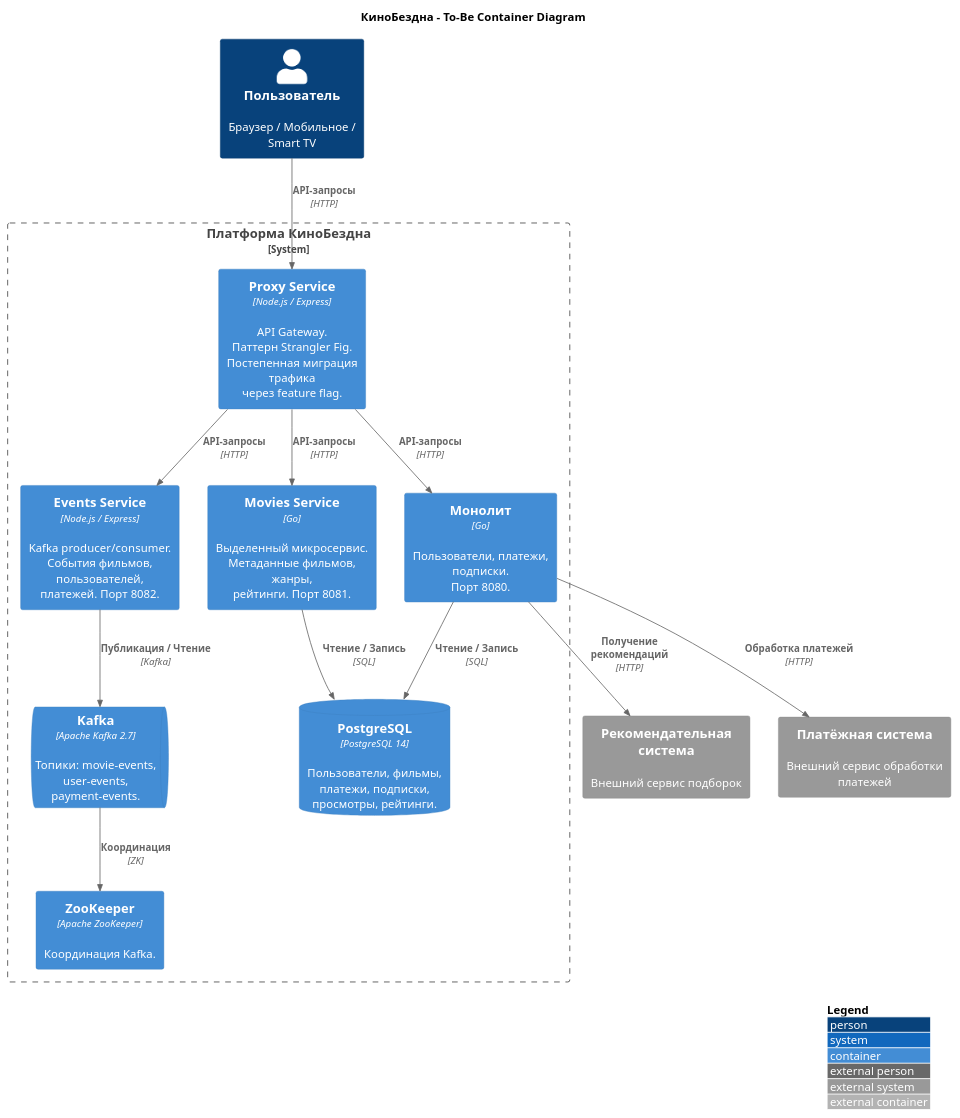
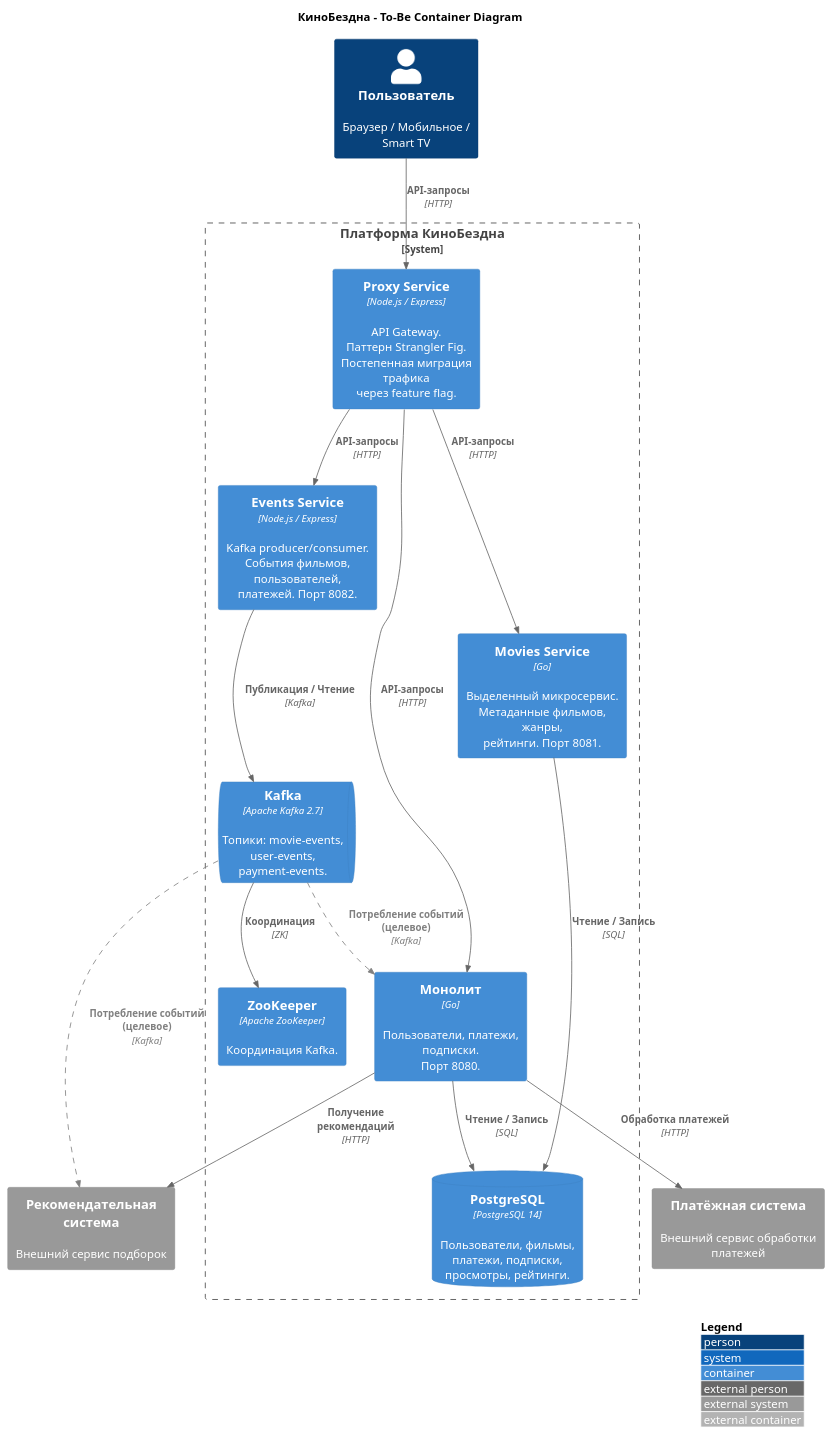
One commit to SiritosKon/architecture-cinemaabyss changed the diagram in docs/c4-container-diagram.puml. Above: the diagram before and after it, drawn with PlantUML. The commit also changed 2 other files, not shown here.

Commit message:
fix: add dashed future arrows on C4 diagram, add MVP note to template

```diff
--- a/docs/c4-container-diagram.puml
+++ b/docs/c4-container-diagram.puml
@@ -1,44 +1,49 @@
 @startuml c4-container-diagram
 !include https://raw.githubusercontent.com/plantuml-stdlib/C4-PlantUML/master/C4_Container.puml
 
 LAYOUT_WITH_LEGEND()
+
+AddRelTag("future", $lineStyle = DashedLine(), $lineColor = "gray", $textColor = "gray")
 
 title КиноБездна - To-Be Container Diagram
 
 Person(user, "Пользователь", "Браузер / Мобильное / Smart TV")
 
 System_Ext(recsys, "Рекомендательная система", "Внешний сервис подборок")
 System_Ext(payment, "Платёжная система", "Внешний сервис обработки платежей")
 
 System_Boundary(platform, "Платформа КиноБездна") {
 
     Container(proxy, "Proxy Service", "Node.js / Express", "API Gateway.\nПаттерн Strangler Fig.\nПостепенная миграция трафика\nчерез feature flag.")
 
     Container(monolith, "Монолит", "Go", "Пользователи, платежи,\nподписки.\nПорт 8080.")
 
     Container(movies, "Movies Service", "Go", "Выделенный микросервис.\nМетаданные фильмов, жанры,\nрейтинги. Порт 8081.")
 
     Container(events, "Events Service", "Node.js / Express", "Kafka producer/consumer.\nСобытия фильмов, пользователей,\nплатежей. Порт 8082.")
 
     ContainerDb(postgres, "PostgreSQL", "PostgreSQL 14", "Пользователи, фильмы,\nплатежи, подписки,\nпросмотры, рейтинги.")
 
     ContainerQueue(kafka, "Kafka", "Apache Kafka 2.7", "Топики: movie-events,\nuser-events,\npayment-events.")
 
     Container(zookeeper, "ZooKeeper", "Apache ZooKeeper", "Координация Kafka.")
 }
 
 Rel(user, proxy, "API-запросы", "HTTP")
 Rel(proxy, monolith, "API-запросы", "HTTP")
 Rel(proxy, movies, "API-запросы", "HTTP")
 Rel(proxy, events, "API-запросы", "HTTP")
 
 Rel(monolith, postgres, "Чтение / Запись", "SQL")
 Rel(movies, postgres, "Чтение / Запись", "SQL")
 
 Rel(events, kafka, "Публикация / Чтение", "Kafka")
 Rel(kafka, zookeeper, "Координация", "ZK")
 
 Rel(monolith, recsys, "Получение рекомендаций", "HTTP")
 Rel(monolith, payment, "Обработка платежей", "HTTP")
 
+Rel(kafka, monolith, "Потребление событий (целевое)", "Kafka", $tags="future")
+Rel(kafka, recsys, "Потребление событий (целевое)", "Kafka", $tags="future")
+
 @enduml
```
